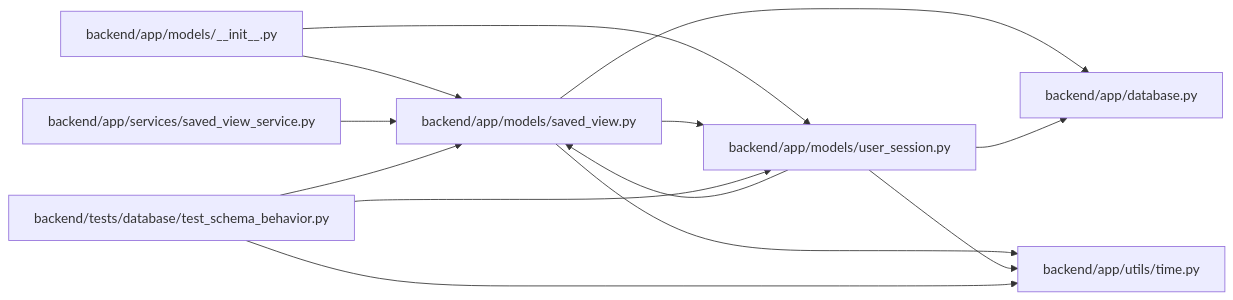
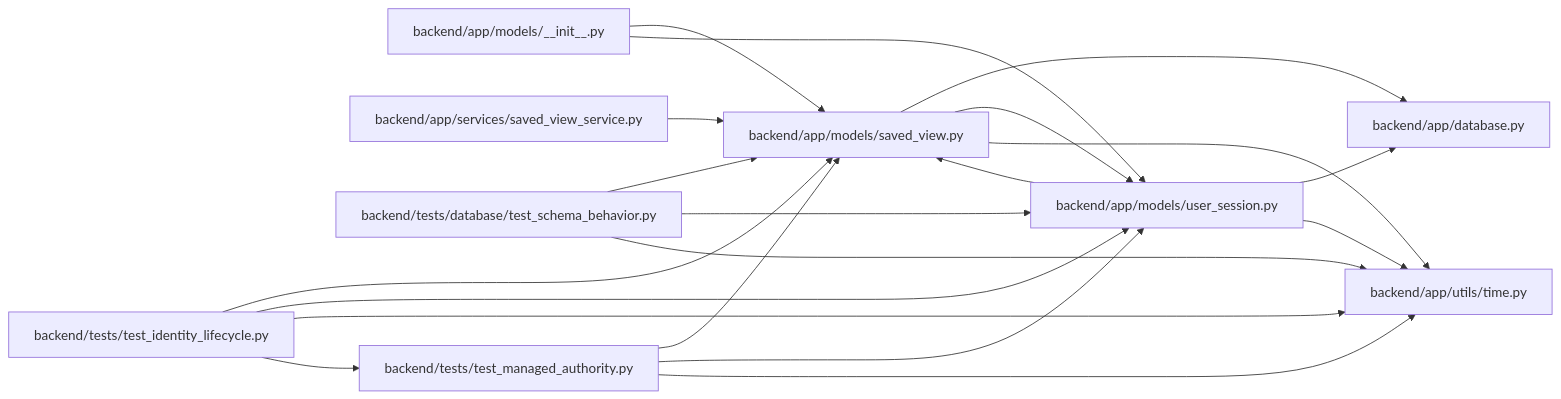
The diagram in docs/llm_wiki/modules/models_saved_view.md (Denissvgn/WorkChord), drawn with Mermaid before and after one commit. The commit also changed other lines of this file and 958 other files, not shown here.

First line of the commit message:
docs(wiki): refresh identity and recovery architecture

````diff
--- a/docs/llm_wiki/modules/models_saved_view.md
+++ b/docs/llm_wiki/modules/models_saved_view.md
@@ -25,29 +25,40 @@
 ```mermaid
 flowchart LR
     n0["backend/app/database.py"]
     n1["backend/app/models/__init__.py"]
     n2["backend/app/models/saved_view.py"]
     n3["backend/app/models/user_session.py"]
     n4["backend/app/services/saved_view_service.py"]
     n5["backend/app/utils/time.py"]
     n6["backend/tests/database/test_schema_behavior.py"]
+    n7["backend/tests/test_identity_lifecycle.py"]
+    n8["backend/tests/test_managed_authority.py"]
     n1 --> n2
     n1 --> n3
     n2 --> n0
     n2 --> n3
     n2 --> n5
     n3 --> n0
     n3 --> n2
     n3 --> n5
     n4 --> n2
     n6 --> n2
     n6 --> n3
     n6 --> n5
+    n7 --> n2
+    n7 --> n3
+    n7 --> n5
+    n7 --> n8
+    n8 --> n2
+    n8 --> n3
+    n8 --> n5
     click n0 "../modules/app_database.md"
     click n1 "../modules/models___init__.md"
     click n2 "../modules/models_saved_view.md"
     click n3 "../modules/user_session.md"
     click n4 "../modules/saved_view_service.md"
     click n5 "../modules/time.md"
     click n6 "../modules/test_schema_behavior.md"
+    click n7 "../modules/test_identity_lifecycle.md"
+    click n8 "../modules/test_managed_authority.md"
 ```
````
